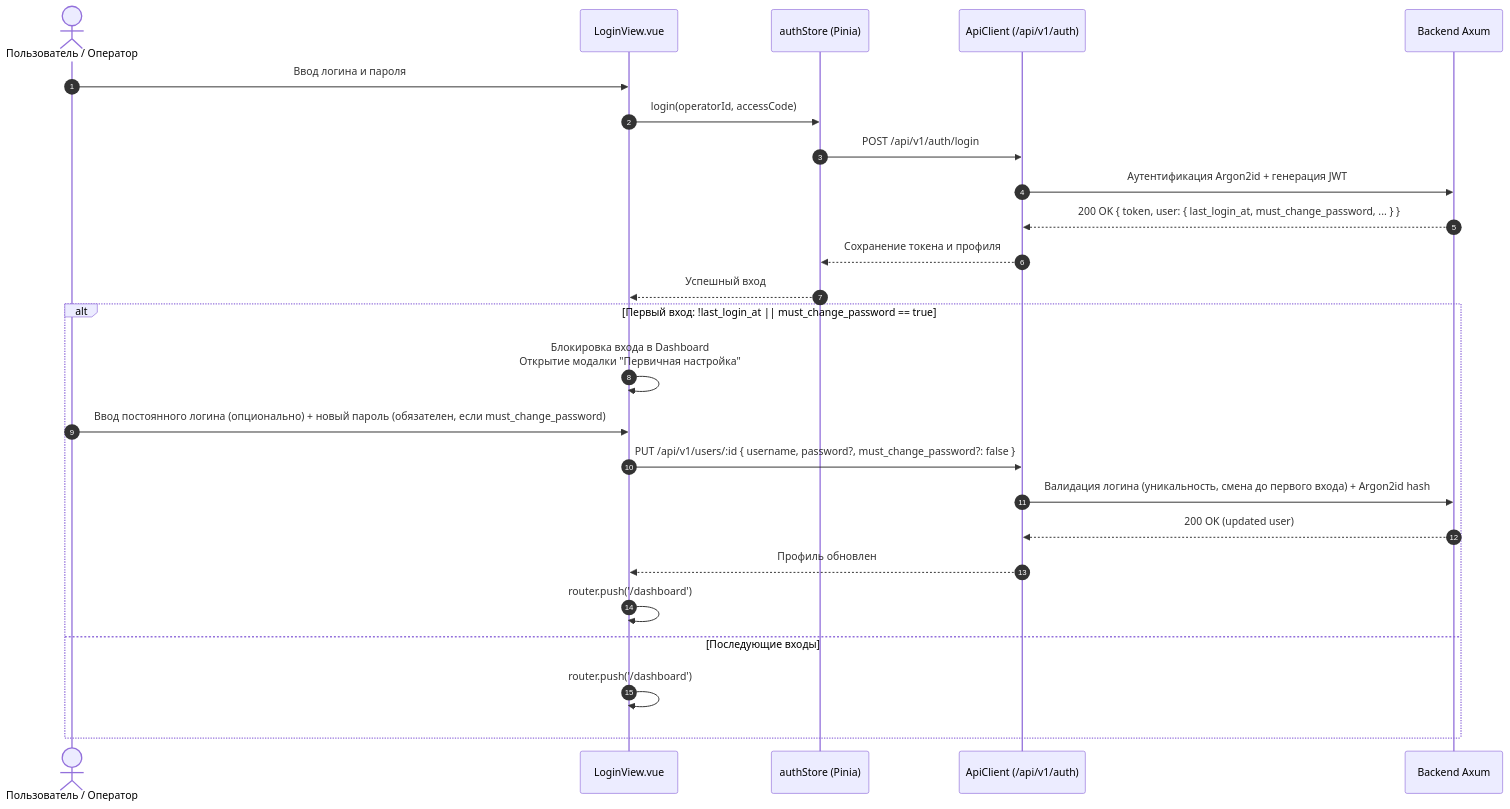
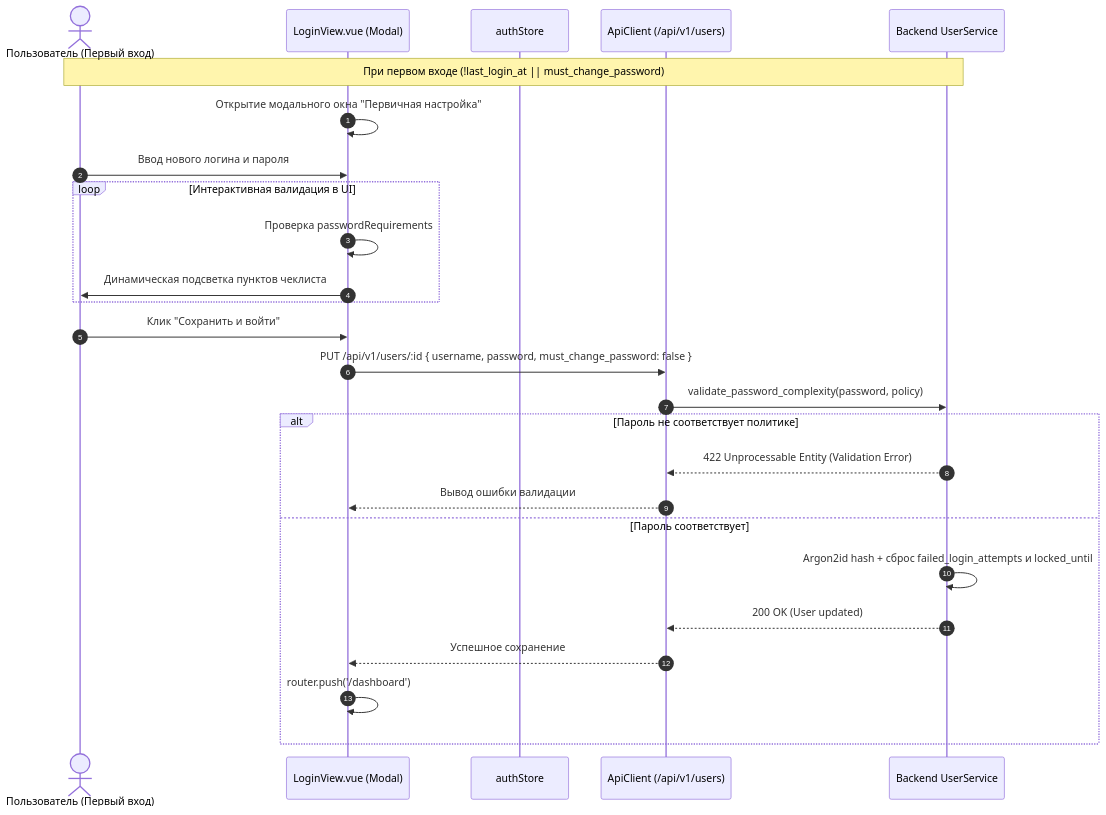
Before and after one commit to Apofixc/AetherCore: the fourth of 5 diagrams in docs/architecture/FrontendArchitecture.md, drawn with Mermaid. The commit also changed other lines of this file and 18 other files, not shown here.

Commit message:
feat: implement password complexity validation, session inactivity tracking, and account recovery modal in authentication flow

````diff
--- a/docs/architecture/FrontendArchitecture.md
+++ b/docs/architecture/FrontendArchitecture.md
@@ -44,29 +120,31 @@
 ```mermaid
 sequenceDiagram
     autonumber
-    actor User as Пользователь / Оператор
-    participant UI as LoginView.vue
-    participant Store as authStore (Pinia)
-    participant API as ApiClient (/api/v1/auth)
-    participant Core as Backend Axum
+    actor User as Пользователь (Первый вход)
+    participant UI as LoginView.vue (Modal)
+    participant Store as authStore
+    participant API as ApiClient (/api/v1/users)
+    participant Core as Backend UserService
 
-    User->>UI: Ввод логина и пароля
-    UI->>Store: login(operatorId, accessCode)
-    Store->>API: POST /api/v1/auth/login
-    API->>Core: Аутентификация Argon2id + генерация JWT
-    Core-->>API: 200 OK { token, user: { last_login_at, must_change_password, ... } }
-    API-->>Store: Сохранение токена и профиля
-    Store-->>UI: Успешный вход
+    Note over User, Core: При первом входе (!last_login_at || must_change_password)
+    UI->>UI: Открытие модального окна "Первичная настройка"
+    User->>UI: Ввод нового логина и пароля
+    
+    loop Интерактивная валидация в UI
+        UI->>UI: Проверка passwordRequirements
+        UI->>User: Динамическая подсветка пунктов чеклиста
+    end
 
-    alt Первый вход: !last_login_at || must_change_password == true
-        UI->>UI: Блокировка входа в Dashboard<br/>Открытие модалки "Первичная настройка"
-        User->>UI: Ввод постоянного логина (опционально) + новый пароль (обязателен, если must_change_password)
-        UI->>API: PUT /api/v1/users/:id { username, password?, must_change_password?: false }
-        API->>Core: Валидация логина (уникальность, смена до первого входа) + Argon2id hash
-        Core-->>API: 200 OK (updated user)
-        API-->>UI: Профиль обновлен
-        UI->>UI: router.push('/dashboard')
-    else Последующие входы
+    User->>UI: Клик "Сохранить и войти"
+    UI->>API: PUT /api/v1/users/:id { username, password, must_change_password: false }
+    API->>Core: validate_password_complexity(password, policy)
+    alt Пароль не соответствует политике
+        Core-->>API: 422 Unprocessable Entity (Validation Error)
+        API-->>UI: Вывод ошибки валидации
+    else Пароль соответствует
+        Core->>Core: Argon2id hash + сброс failed_login_attempts и locked_until
+        Core-->>API: 200 OK (User updated)
+        API-->>UI: Успешное сохранение
         UI->>UI: router.push('/dashboard')
     end
 ```
````
